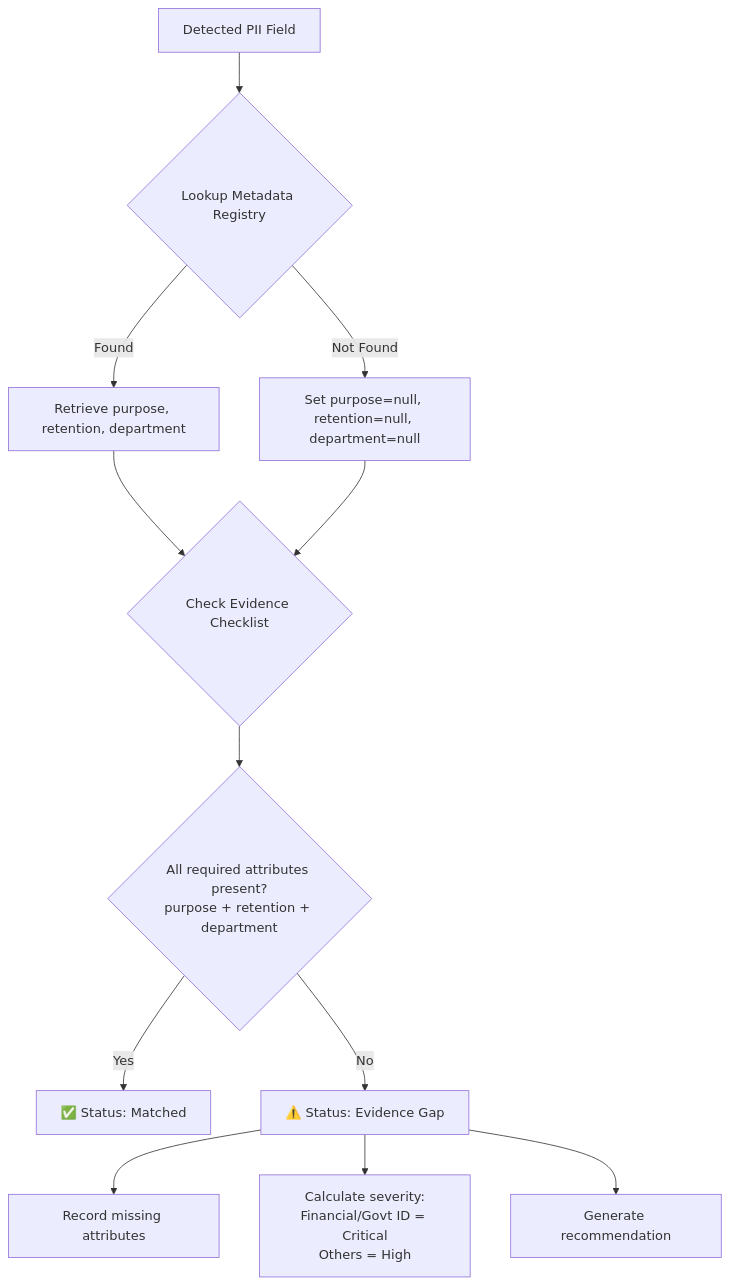
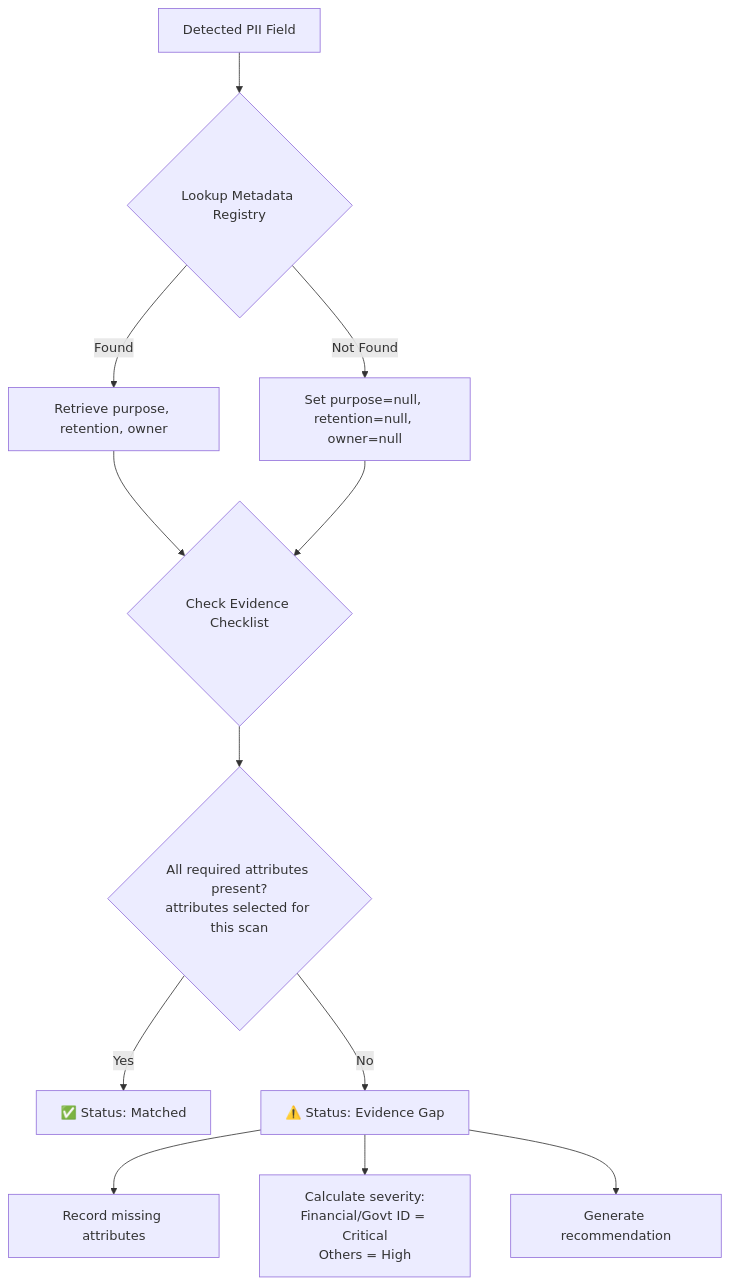
One commit to aiori-hackathon/A3-PS019-TC210 changed the fourth of 6 diagrams in README.md. Above: the diagram before and after it, drawn with Mermaid. The commit also changed other lines of this file, not shown here.

````diff
--- a/README.md
+++ b/README.md
@@ -481,14 +471,14 @@
 ```mermaid
 flowchart TD
     A[Detected PII Field] --> B{Lookup Metadata Registry}
-    B -->|Found| C[Retrieve purpose, retention, department]
-    B -->|Not Found| D[Set purpose=null, retention=null, department=null]
+    B -->|Found| C[Retrieve purpose, retention, owner]
+    B -->|Not Found| D[Set purpose=null, retention=null, owner=null]
     C --> E{Check Evidence Checklist}
     D --> E
-    E --> F{All required attributes present?<br/>purpose + retention + department}
+    E --> F{All required attributes present?<br/>attributes selected for this scan}
     F -->|Yes| G["✅ Status: Matched"]
     F -->|No| H["⚠️ Status: Evidence Gap"]
     H --> I[Record missing attributes]
     H --> J[Calculate severity:<br/>Financial/Govt ID = Critical<br/>Others = High]
     H --> K[Generate recommendation]
 ```
````
